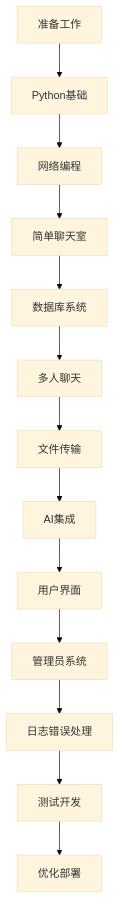
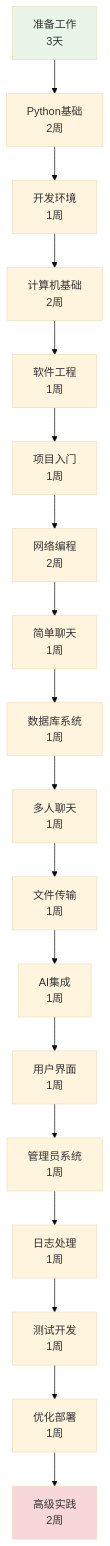
One commit to ogas1024/Chat-Room changed the second of 5 diagrams in docs/learning-v02/index.md. Above: the diagram before and after it, drawn with Mermaid (base theme). The commit also changed other lines of this file and 33 other files, not shown here.

````diff
--- a/docs/learning-v02/index.md
+++ b/docs/learning-v02/index.md
@@ -137,15 +223,23 @@
 ```mermaid
 graph TD
-    A[准备工作] --> B[Python基础]
-    B --> C[网络编程]
-    C --> D[简单聊天室]
-    D --> E[数据库系统]
-    E --> F[多人聊天]
-    F --> G[文件传输]
-    G --> H[AI集成]
-    H --> I[用户界面]
-    I --> J[管理员系统]
-    J --> K[日志错误处理]
-    K --> L[测试开发]
-    L --> M[优化部署]
+    A[准备工作<br/>3天] --> B[Python基础<br/>2周]
+    B --> C[开发环境<br/>1周]
+    C --> D[计算机基础<br/>2周]
+    D --> E[软件工程<br/>1周]
+    E --> F[项目入门<br/>1周]
+    F --> G[网络编程<br/>2周]
+    G --> H[简单聊天<br/>1周]
+    H --> I[数据库系统<br/>1周]
+    I --> J[多人聊天<br/>1周]
+    J --> K[文件传输<br/>1周]
+    K --> L[AI集成<br/>1周]
+    L --> M[用户界面<br/>1周]
+    M --> N[管理员系统<br/>1周]
+    N --> O[日志处理<br/>1周]
+    O --> P[测试开发<br/>1周]
+    P --> Q[优化部署<br/>1周]
+    Q --> R[高级实践<br/>2周]
+
+    style A fill:#e8f5e8
+    style R fill:#f8d7da
 ```
````
